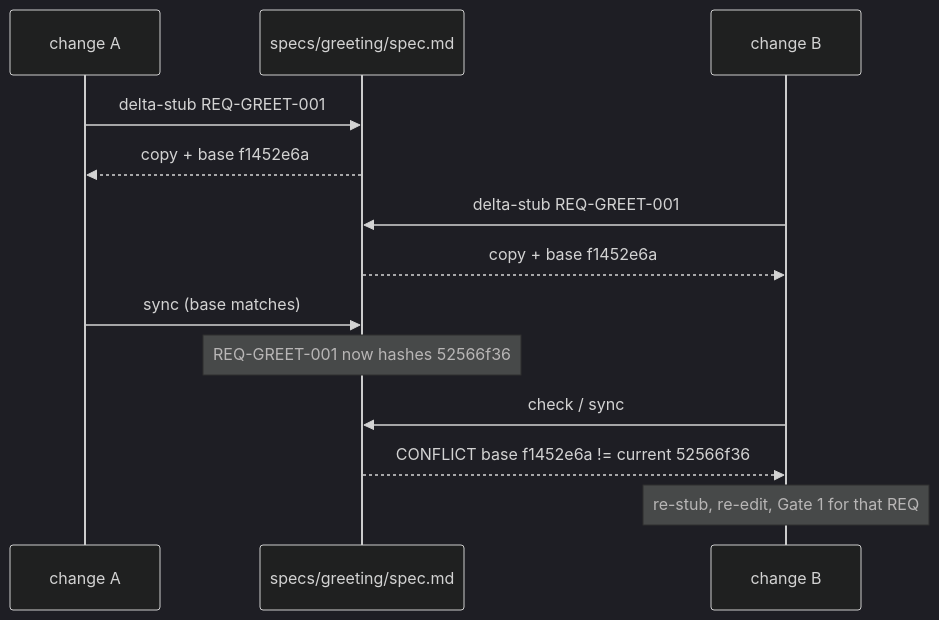
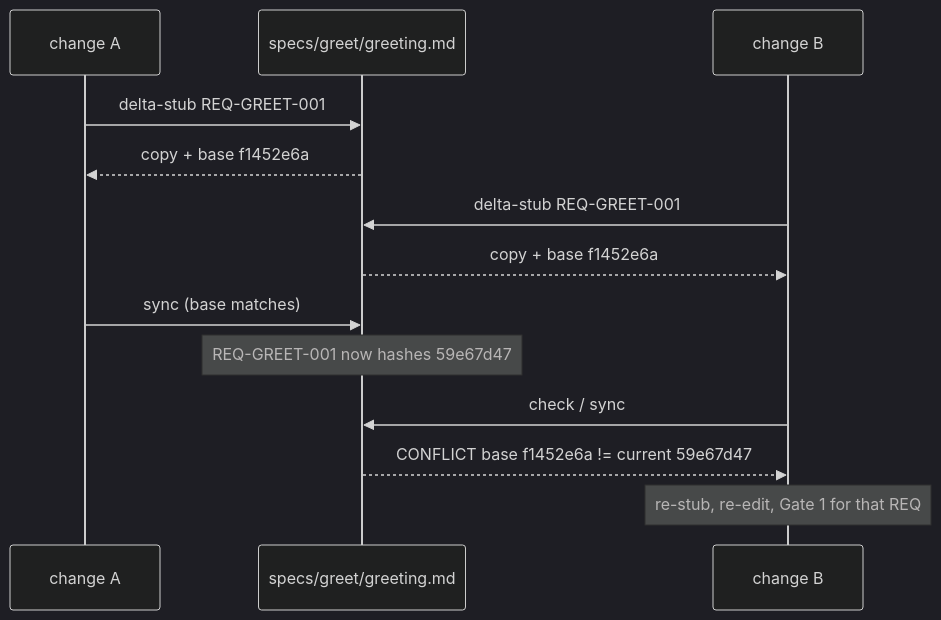
The diagram in plugins/meta/sdd/docs/explanation/determinism.md (gpr/claude-plugins), drawn with Mermaid (dark theme) before and after one commit. The commit also changed other lines of this file and 19 other files, not shown here.

````diff
--- a/plugins/meta/sdd/docs/explanation/determinism.md
+++ b/plugins/meta/sdd/docs/explanation/determinism.md
@@ -31,15 +31,15 @@
 ```mermaid
 sequenceDiagram
     participant A as change A
-    participant S as specs/greeting/spec.md
+    participant S as specs/greet/greeting.md
     participant B as change B
     A->>S: delta-stub REQ-GREET-001
     S-->>A: copy + base f1452e6a
     B->>S: delta-stub REQ-GREET-001
     S-->>B: copy + base f1452e6a
     A->>S: sync (base matches)
-    Note over S: REQ-GREET-001 now hashes 52566f36
+    Note over S: REQ-GREET-001 now hashes 59e67d47
     B->>S: check / sync
-    S-->>B: CONFLICT base f1452e6a != current 52566f36
+    S-->>B: CONFLICT base f1452e6a != current 59e67d47
     Note over B: re-stub, re-edit, Gate 1 for that REQ
 ```
````
